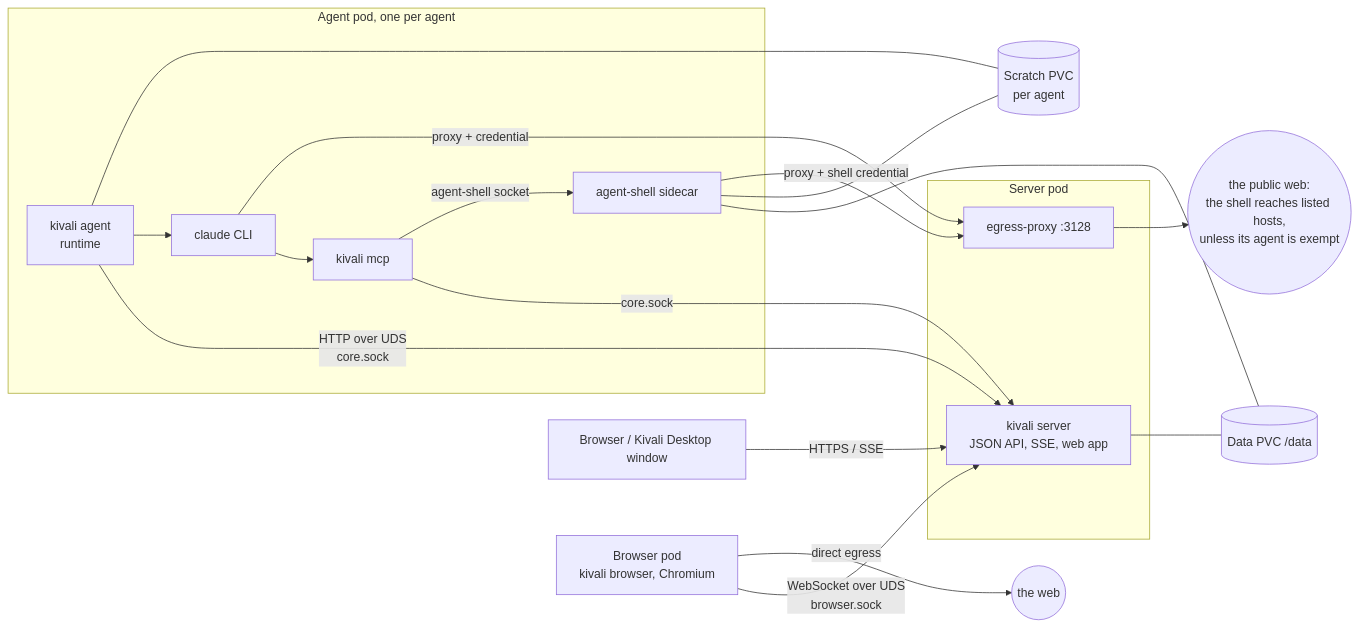
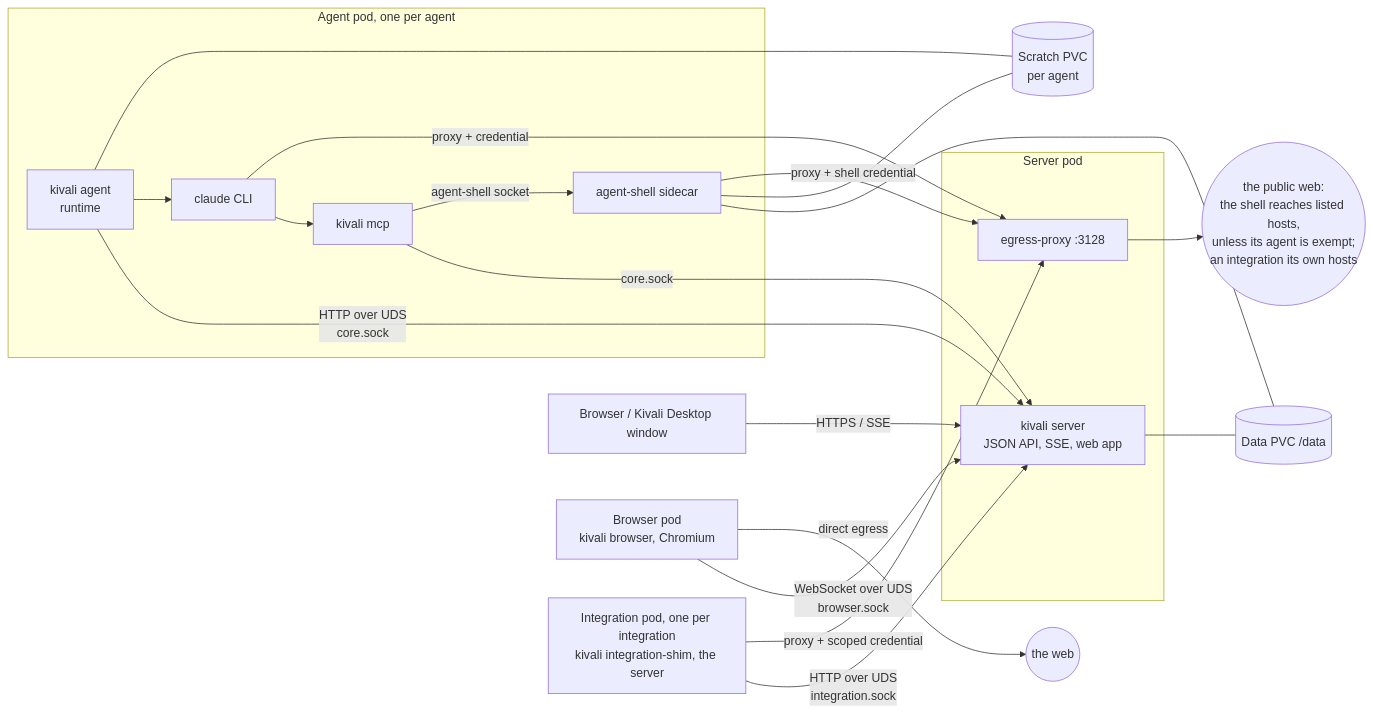
One commit to kivali-ai/kivali changed the first of 2 diagrams in docs/developers/architecture.md. Above: the diagram before and after it, drawn with Mermaid. The commit also changed other lines of this file and 49 other files, not shown here.

````diff
--- a/docs/developers/architecture.md
+++ b/docs/developers/architecture.md
@@ -10,30 +10,32 @@
 ```mermaid
 flowchart LR
   browser[Browser / Kivali Desktop window]
   subgraph server_pod[Server pod]
     core[kivali server<br/>JSON API, SSE, web app]
     proxy[egress-proxy :3128]
   end
   subgraph agent_pod[Agent pod, one per agent]
     runtime[kivali agent<br/>runtime]
     cli[claude CLI]
     mcp[kivali mcp]
     shell[agent-shell sidecar]
   end
   data[(Data PVC /data)]
   scratch[(Scratch PVC<br/>per agent)]
   browser -- HTTPS / SSE --> core
   core --- data
   runtime -- HTTP over UDS<br/>core.sock --> core
   runtime --> cli --> mcp
   mcp -- core.sock --> core
   browserpod[Browser pod<br/>kivali browser, Chromium] -- WebSocket over UDS<br/>browser.sock --> core
   browserpod -- direct egress --> web((the web))
+  integrationpod[Integration pod, one per integration<br/>kivali integration-shim, the server] -- HTTP over UDS<br/>integration.sock --> core
+  integrationpod -- proxy + scoped credential --> proxy
   mcp -- agent-shell socket --> shell
   shell --- data
   shell --- scratch
   runtime --- scratch
   cli -- proxy + credential --> proxy
   shell -- proxy + shell credential --> proxy
-  proxy --> internet((the public web:<br/>the shell reaches listed hosts,<br/>unless its agent is exempt))
+  proxy --> internet((the public web:<br/>the shell reaches listed hosts,<br/>unless its agent is exempt;<br/>an integration its own hosts))
 ```
````
